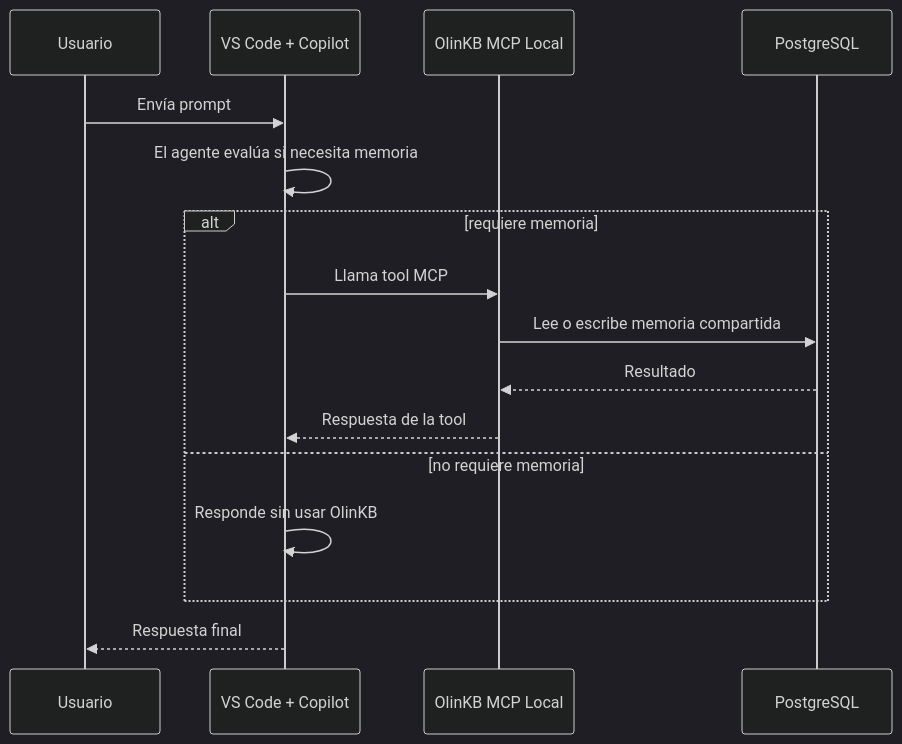
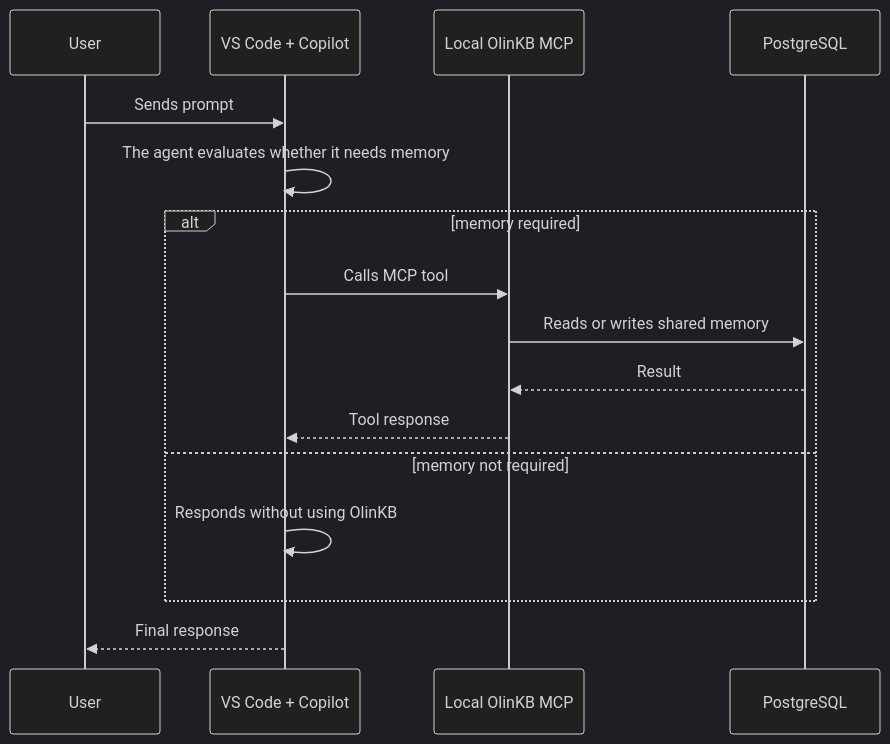
One commit to rzjulio/olinkb changed the first of 4 diagrams in docs/olinkb-mcp-operacion.md. Above: the diagram before and after it, drawn with Mermaid (dark theme). The commit also changed other lines of this file and 22 other files, not shown here.

````diff
--- a/docs/olinkb-mcp-operacion.md
+++ b/docs/olinkb-mcp-operacion.md
@@ -70,19 +70,19 @@
 ```mermaid
 sequenceDiagram
-    participant User as Usuario
+    participant User as User
     participant IDE as VS Code + Copilot
-    participant MCP as OlinKB MCP Local
+    participant MCP as Local OlinKB MCP
     participant PG as PostgreSQL
 
-    User->>IDE: Envía prompt
-    IDE->>IDE: El agente evalúa si necesita memoria
-    alt requiere memoria
-        IDE->>MCP: Llama tool MCP
-        MCP->>PG: Lee o escribe memoria compartida
-        PG-->>MCP: Resultado
-        MCP-->>IDE: Respuesta de la tool
-    else no requiere memoria
-        IDE->>IDE: Responde sin usar OlinKB
+    User->>IDE: Sends prompt
+    IDE->>IDE: The agent evaluates whether it needs memory
+    alt memory required
+        IDE->>MCP: Calls MCP tool
+        MCP->>PG: Reads or writes shared memory
+        PG-->>MCP: Result
+        MCP-->>IDE: Tool response
+    else memory not required
+        IDE->>IDE: Responds without using OlinKB
     end
-    IDE-->>User: Respuesta final
+    IDE-->>User: Final response
 ```
````
